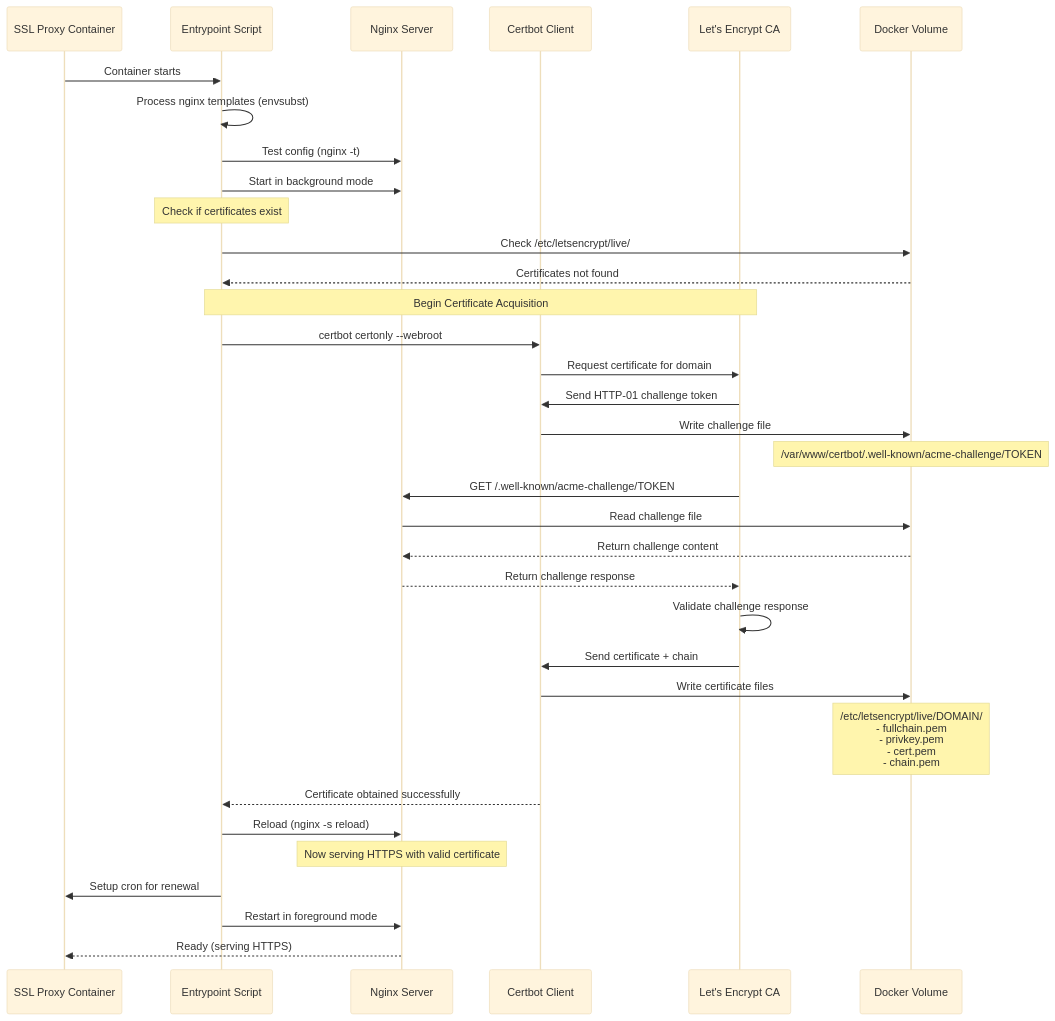
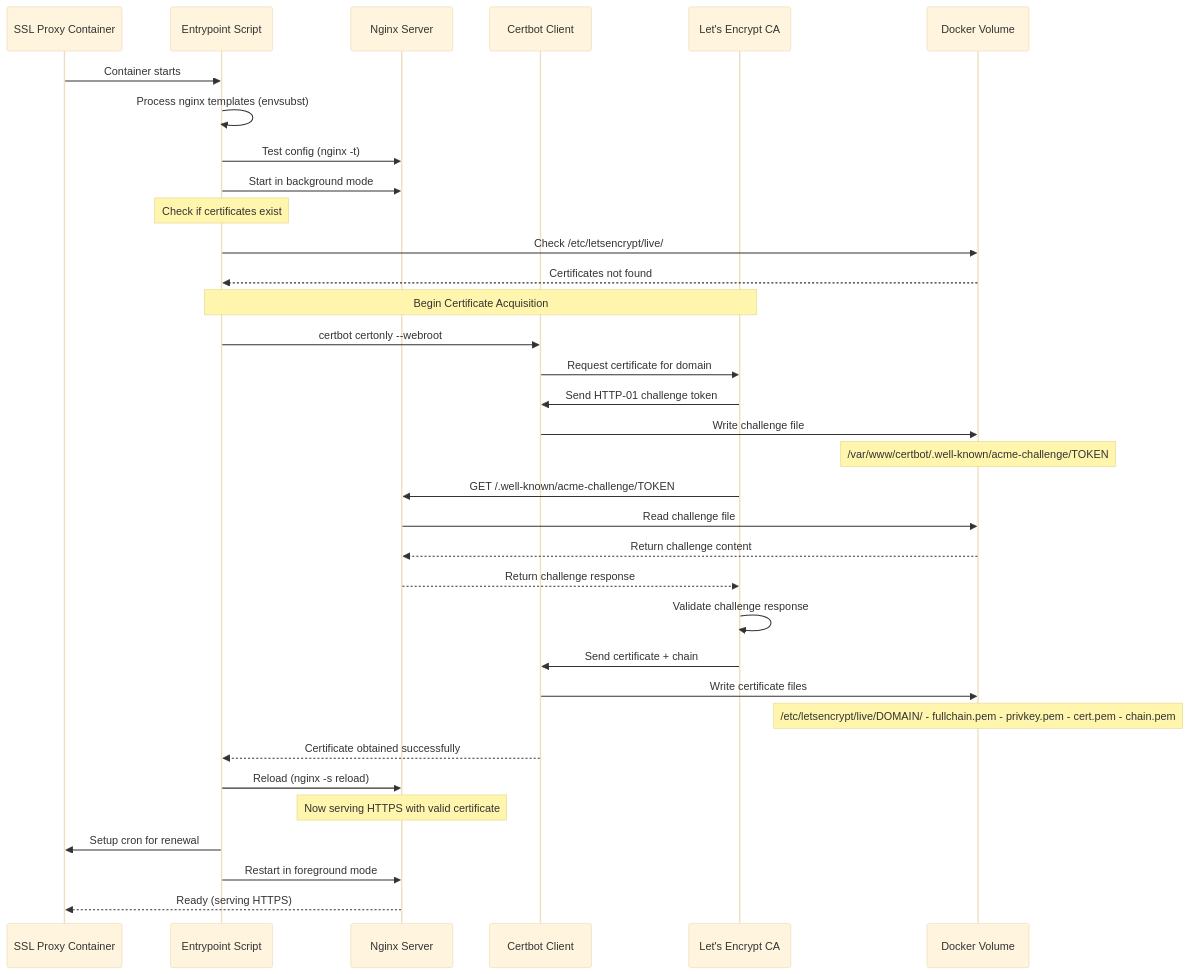
The first of 5 diagrams in wiki/SSL-Certificate-Management.md (softwarewrighter/ssl-proxy-for-do), drawn with Mermaid (base theme) before and after one commit. The commit also changed other lines of this file and 3 other files, not shown here.

First line of the commit message:
Remove all remaining br tags from sequence diagrams

````diff
--- a/wiki/SSL-Certificate-Management.md
+++ b/wiki/SSL-Certificate-Management.md
@@ -45,48 +45,48 @@
 ```mermaid
 sequenceDiagram
     participant Container as SSL Proxy Container
     participant Entrypoint as Entrypoint Script
     participant Nginx as Nginx Server
     participant Certbot as Certbot Client
     participant LE as Let's Encrypt CA
     participant Volume as Docker Volume
 
     Container->>Entrypoint: Container starts
     Entrypoint->>Entrypoint: Process nginx templates (envsubst)
     Entrypoint->>Nginx: Test config (nginx -t)
     Entrypoint->>Nginx: Start in background mode
 
-    Note over Entrypoint: Check if certificates exist
+ Note over Entrypoint: Check if certificates exist
 
     Entrypoint->>Volume: Check /etc/letsencrypt/live/
     Volume-->>Entrypoint: Certificates not found
 
-    Note over Entrypoint,LE: Begin Certificate Acquisition
+ Note over Entrypoint,LE: Begin Certificate Acquisition
 
     Entrypoint->>Certbot: certbot certonly --webroot
     Certbot->>LE: Request certificate for domain
     LE->>Certbot: Send HTTP-01 challenge token
 
     Certbot->>Volume: Write challenge file
-    Note over Volume: /var/www/certbot/.well-known/acme-challenge/TOKEN
+ Note over Volume: /var/www/certbot/.well-known/acme-challenge/TOKEN
 
     LE->>Nginx: GET /.well-known/acme-challenge/TOKEN
     Nginx->>Volume: Read challenge file
     Volume-->>Nginx: Return challenge content
     Nginx-->>LE: Return challenge response
 
     LE->>LE: Validate challenge response
     LE->>Certbot: Send certificate + chain
 
     Certbot->>Volume: Write certificate files
-    Note over Volume: /etc/letsencrypt/live/DOMAIN/<br/>- fullchain.pem<br/>- privkey.pem<br/>- cert.pem<br/>- chain.pem
+ Note over Volume: /etc/letsencrypt/live/DOMAIN/ - fullchain.pem - privkey.pem - cert.pem - chain.pem
 
     Certbot-->>Entrypoint: Certificate obtained successfully
 
     Entrypoint->>Nginx: Reload (nginx -s reload)
-    Note over Nginx: Now serving HTTPS with valid certificate
+ Note over Nginx: Now serving HTTPS with valid certificate
 
     Entrypoint->>Container: Setup cron for renewal
     Entrypoint->>Nginx: Restart in foreground mode
     Nginx-->>Container: Ready (serving HTTPS)
 ```
````
